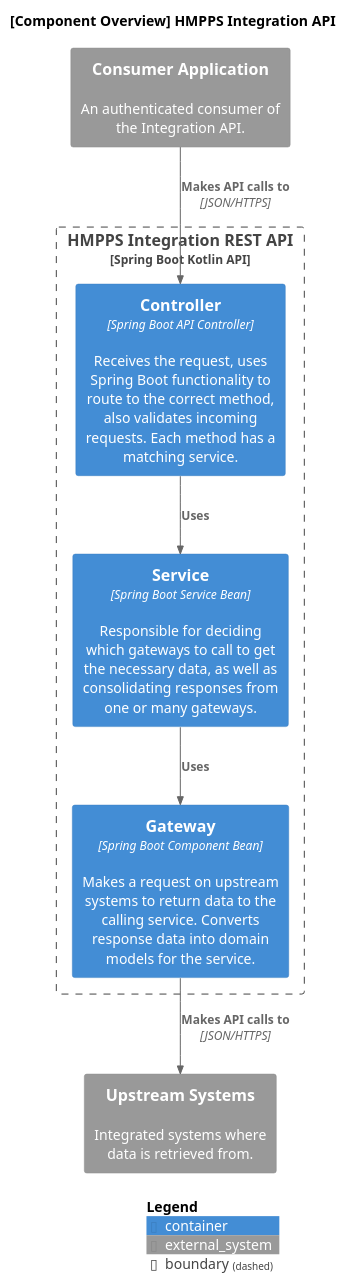
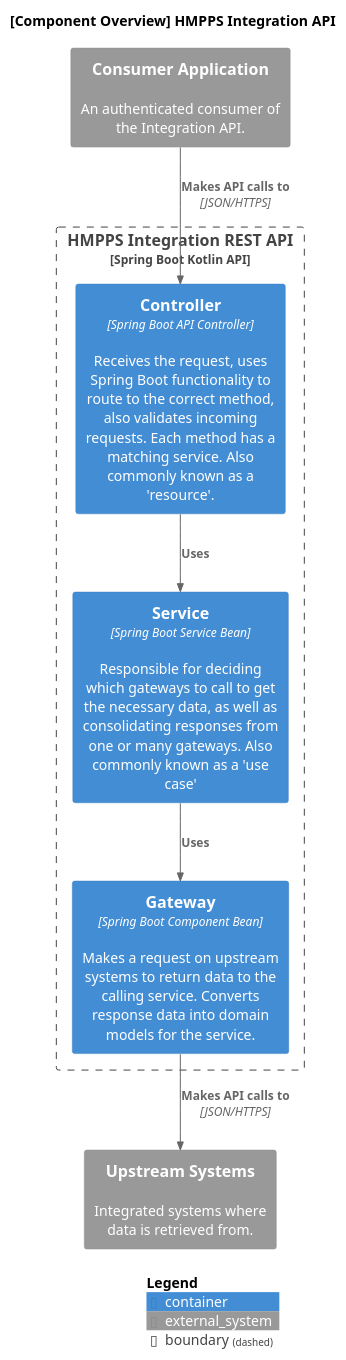
One commit to ministryofjustice/hmpps-integration-api changed the diagram in docs/diagrams/component-overview.puml. Above: the diagram before and after it, drawn with PlantUML.

Commit message:
Review comments
Added a bit of text to each description to help people who know these objects as something else.

```diff
--- a/docs/diagrams/component-overview.puml
+++ b/docs/diagrams/component-overview.puml
@@ -1,27 +1,27 @@
 @startuml component-overview
 
 !include https://raw.githubusercontent.com/plantuml-stdlib/C4-PlantUML/master/C4_Container.puml
 
 skinparam linetype polyline
 
 title [Component Overview] HMPPS Integration API
 
 System_Ext(consumer, "Consumer Application", "An authenticated consumer of the Integration API.")
 
 Boundary(spring_boot_api, "HMPPS Integration REST API", "Spring Boot Kotlin API"){
-    Container(controller, "Controller", "Spring Boot API Controller", "Receives the request, uses Spring Boot functionality to route to the correct method, also validates incoming requests. Each method has a matching service.") 
-    Container(service, "Service", "Spring Boot Service Bean", "Responsible for deciding which gateways to call to get the necessary data, as well as consolidating responses from one or many gateways.")
+    Container(controller, "Controller", "Spring Boot API Controller", "Receives the request, uses Spring Boot functionality to route to the correct method, also validates incoming requests. Each method has a matching service. Also commonly known as a 'resource'.") 
+    Container(service, "Service", "Spring Boot Service Bean", "Responsible for deciding which gateways to call to get the necessary data, as well as consolidating responses from one or many gateways. Also commonly known as a 'use case'")
     Container(gateway, "Gateway", "Spring Boot Component Bean", "Makes a request on upstream systems to return data to the calling service. Converts response data into domain models for the service.")
 }
 
 System_Ext(upstream, "Upstream Systems", "Integrated systems where data is retrieved from.")
 
 
 Rel(consumer, controller, "Makes API calls to", "JSON/HTTPS")
 Rel_Down(controller, service, "Uses")
 Rel_Down(service, gateway, "Uses")
 Rel_Down(gateway, upstream, "Makes API calls to", "JSON/HTTPS")
 
 SHOW_DYNAMIC_LEGEND()
 
 @enduml
```
